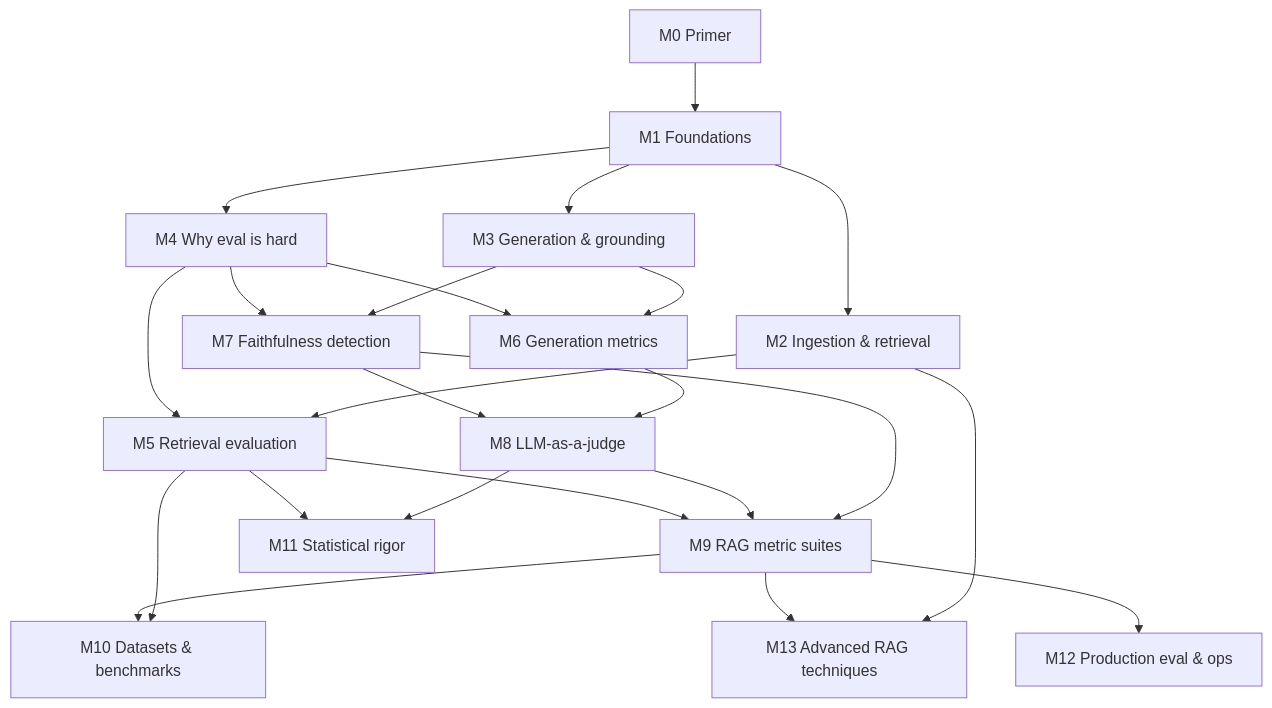
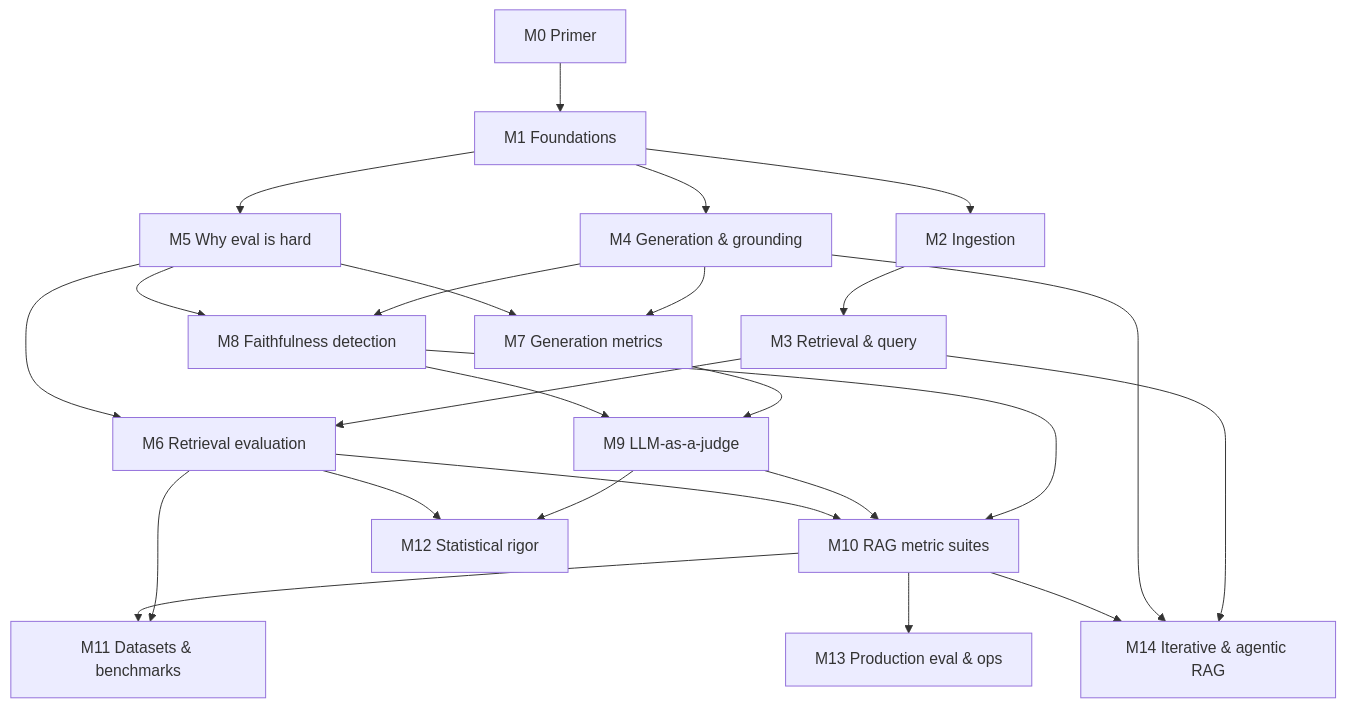
One commit to neodmy/rag-handbook changed the diagram in docs/concept-map.md. Above: the diagram before and after it, drawn with Mermaid. The commit also changed other lines of this file and 2 other files, not shown here.

````diff
--- a/docs/concept-map.md
+++ b/docs/concept-map.md
@@ -22,25 +22,27 @@
 ```mermaid
 graph TD
   M0[M0 Primer] --> M1[M1 Foundations]
-  M1 --> M2[M2 Ingestion & retrieval]
-  M1 --> M3[M3 Generation & grounding]
-  M1 --> M4[M4 Why eval is hard]
-  M2 --> M5[M5 Retrieval evaluation]
-  M3 --> M6[M6 Generation metrics]
-  M3 --> M7[M7 Faithfulness detection]
-  M4 --> M5
-  M4 --> M6
-  M4 --> M7
-  M6 --> M8[M8 LLM-as-a-judge]
-  M7 --> M8
-  M7 --> M9[M9 RAG metric suites]
+  M1 --> M2[M2 Ingestion]
+  M2 --> M3[M3 Retrieval & query]
+  M1 --> M4[M4 Generation & grounding]
+  M1 --> M5[M5 Why eval is hard]
+  M3 --> M6[M6 Retrieval evaluation]
+  M5 --> M6
+  M4 --> M7[M7 Generation metrics]
+  M5 --> M7
+  M4 --> M8[M8 Faithfulness detection]
+  M5 --> M8
+  M7 --> M9[M9 LLM-as-a-judge]
   M8 --> M9
-  M5 --> M9
-  M5 --> M10[M10 Datasets & benchmarks]
+  M8 --> M10[M10 RAG metric suites]
   M9 --> M10
-  M8 --> M11[M11 Statistical rigor]
-  M5 --> M11
-  M9 --> M12[M12 Production eval & ops]
-  M2 --> M13[M13 Advanced RAG techniques]
-  M9 --> M13
+  M6 --> M10
+  M6 --> M11[M11 Datasets & benchmarks]
+  M10 --> M11
+  M9 --> M12[M12 Statistical rigor]
+  M6 --> M12
+  M10 --> M13[M13 Production eval & ops]
+  M3 --> M14[M14 Iterative & agentic RAG]
+  M4 --> M14
+  M10 --> M14
 ```
````
